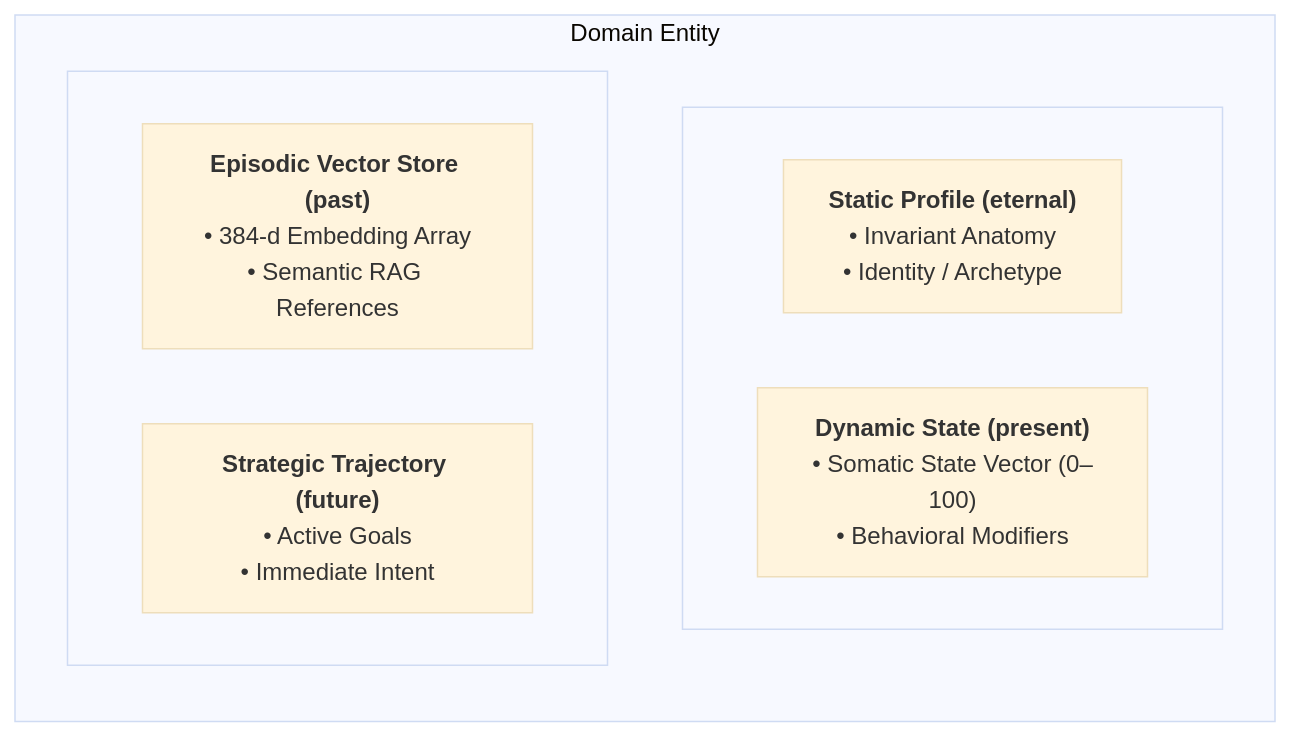
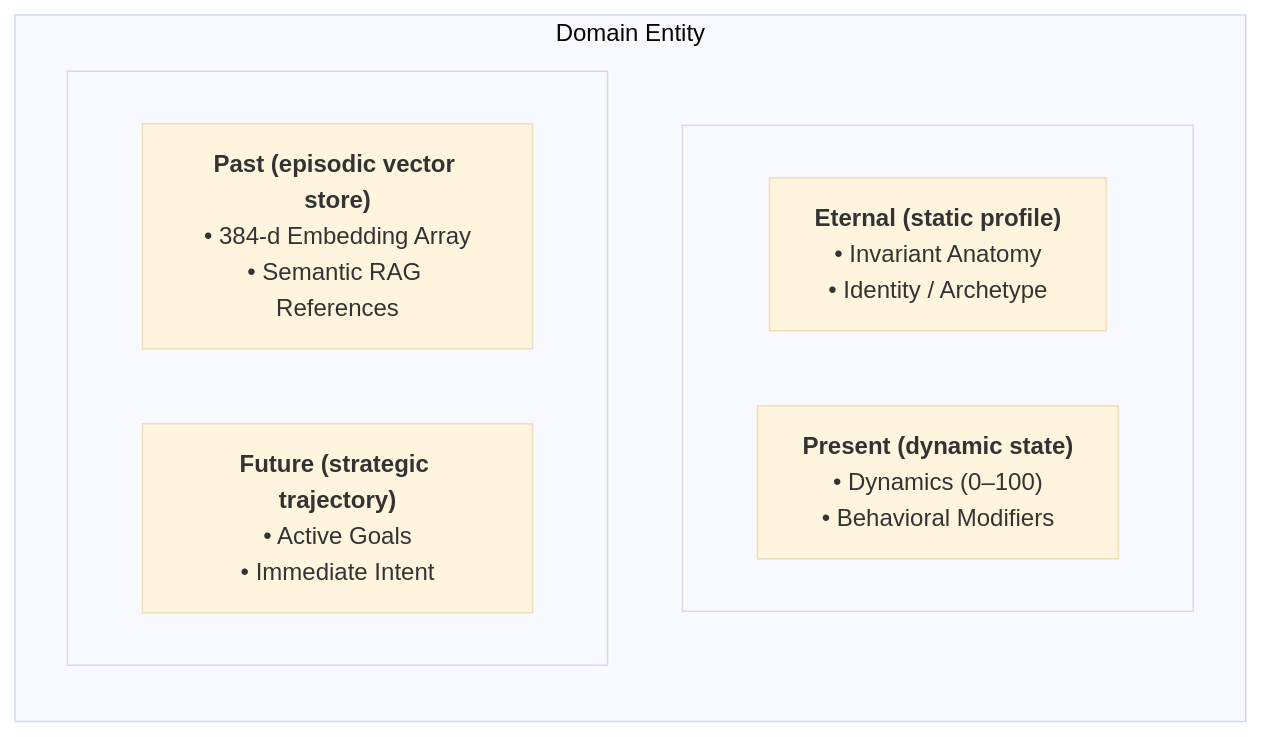
One commit to JooduG/RPGlitch changed the third of 3 diagrams in ARCHITECTURE.md. Above: the diagram before and after it, drawn with Mermaid (base theme). The commit also changed other lines of this file and 5 other files, not shown here.

Commit message:
feat: implement neural semantic embeddings engine with tests, platform barrel export, and architecture updates

````diff
--- a/ARCHITECTURE.md
+++ b/ARCHITECTURE.md
@@ -92,16 +92,16 @@
 ```mermaid
 flowchart TB
     subgraph Entity ["Domain Entity"]
         direction TB
         subgraph Row1 [" "]
             direction LR
-            Eternal["<b>Static Profile (eternal)</b><br>• Invariant Anatomy<br>• Identity / Archetype"]
-            Present["<b>Dynamic State (present)</b><br>• Somatic State Vector (0–100)<br>• Behavioral Modifiers"]
+            Eternal["<b>Eternal (static profile)</b><br>• Invariant Anatomy<br>• Identity / Archetype"]
+            Present["<b>Present (dynamic state)</b><br>• Dynamics (0–100)<br>• Behavioral Modifiers"]
         end
         subgraph Row2 [" "]
             direction LR
-            Past["<b>Episodic Vector Store (past)</b><br>• 384-d Embedding Array<br>• Semantic RAG References"]
-            Future["<b>Strategic Trajectory (future)</b><br>• Active Goals<br>• Immediate Intent"]
+            Past["<b>Past (episodic vector store)</b><br>• 384-d Embedding Array<br>• Semantic RAG References"]
+            Future["<b>Future (strategic trajectory)</b><br>• Active Goals<br>• Immediate Intent"]
         end
     end
 ```
````
